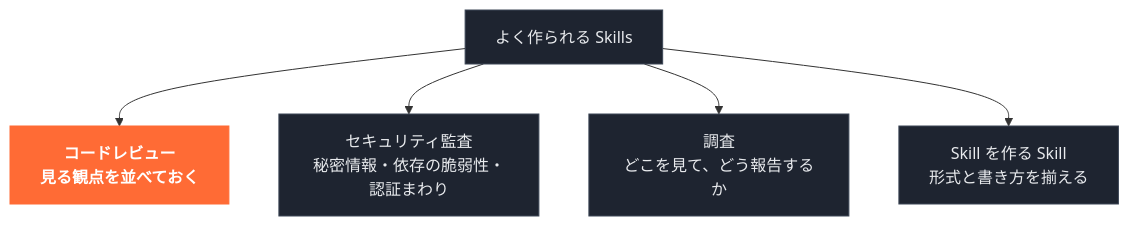
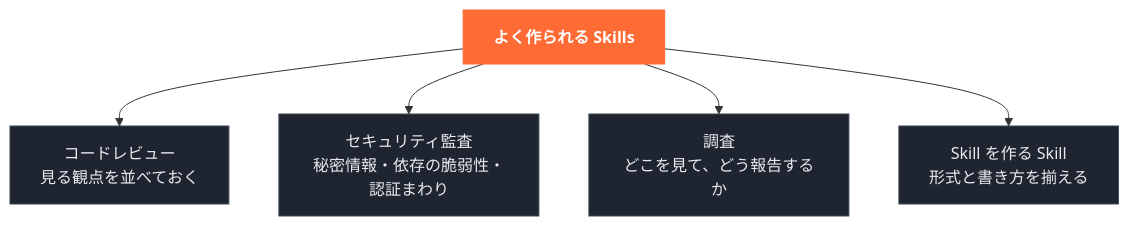
One commit to takuma39/ai changed the second of 11 diagrams in slide/01_claude-code.md. Above: the diagram before and after it, drawn with Mermaid. The commit also changed other lines of this file and 26 other files, not shown here.

````diff
--- a/slide/01_claude-code.md
+++ b/slide/01_claude-code.md
@@ -110,11 +110,11 @@
 ```mermaid
 flowchart TB
     SK["よく作られる Skills"] --> A["コードレビュー<br/>見る観点を並べておく"]
     SK --> B["セキュリティ監査<br/>秘密情報・依存の脆弱性・認証まわり"]
     SK --> C["調査<br/>どこを見て、どう報告するか"]
     SK --> D["Skill を作る Skill<br/>形式と書き方を揃える"]
     classDef hi fill:#ff6b35,stroke:#ff6b35,color:#fff,font-weight:bold
     classDef sub fill:#1e2430,stroke:#3d4757,color:#e8eaed
-    class A hi
-    class SK,B,C,D sub
+    class SK hi
+    class A,B,C,D sub
 ```
````
